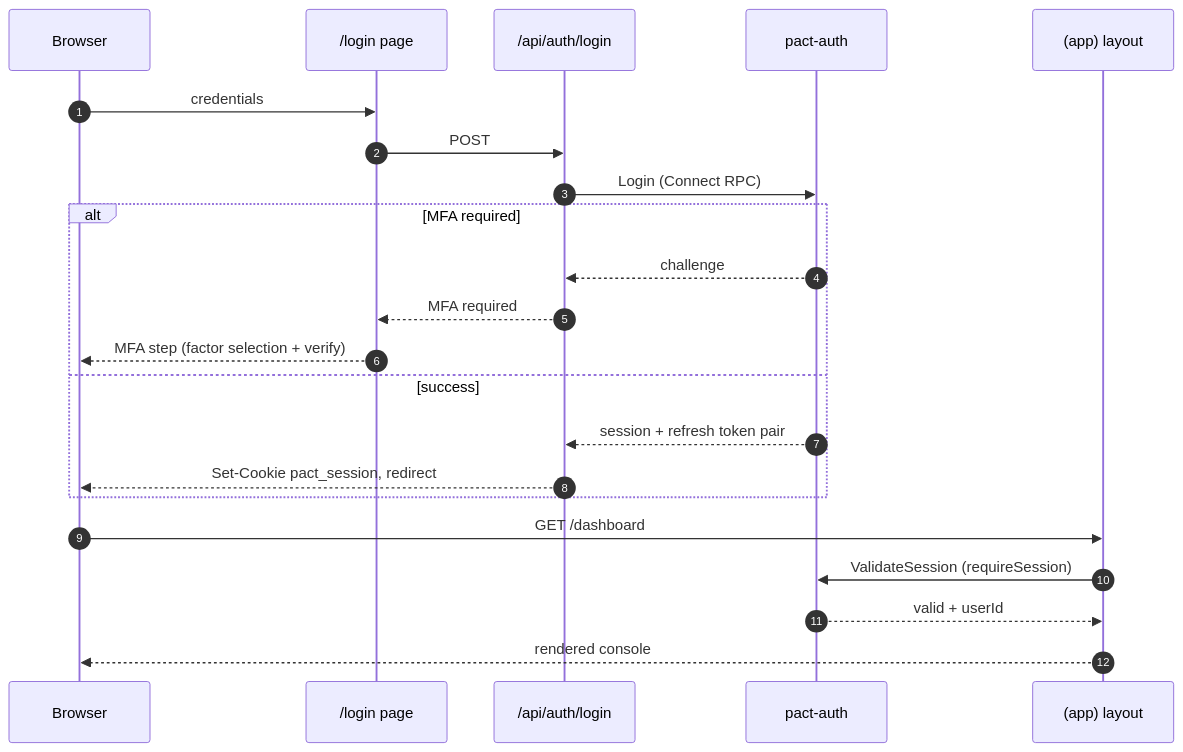
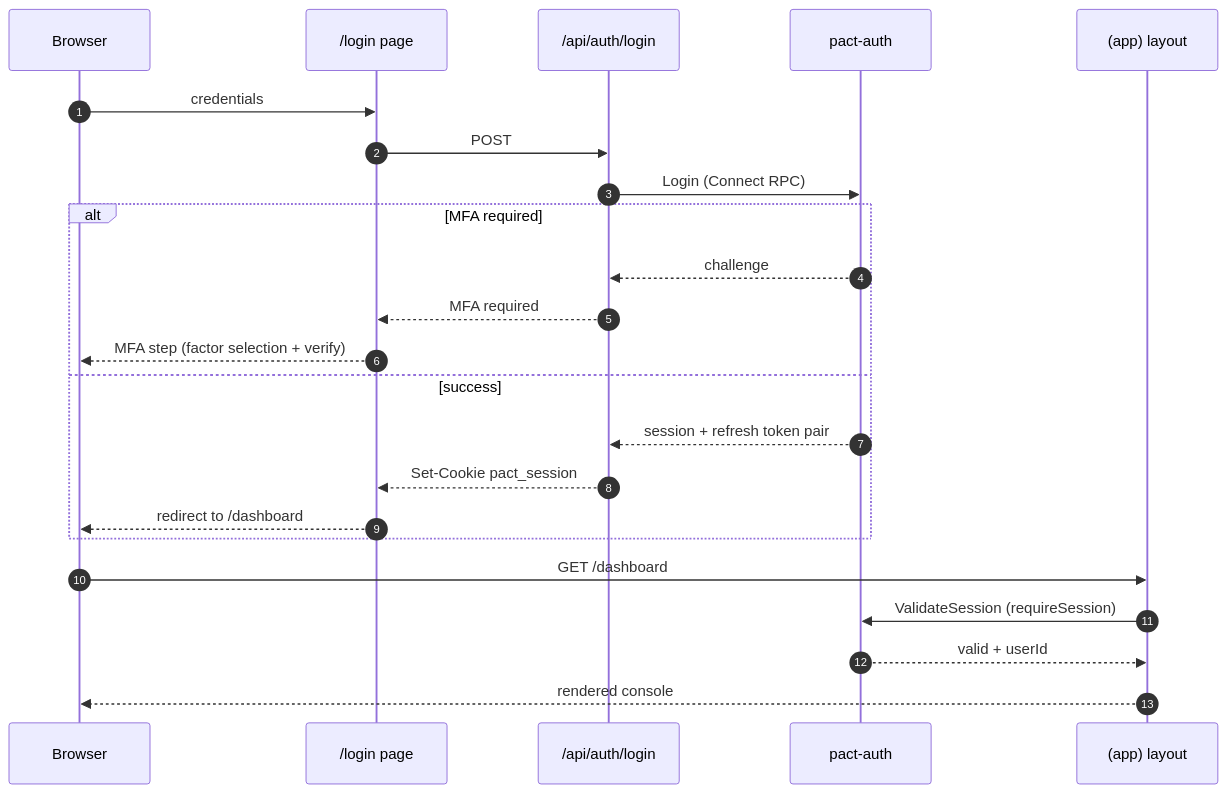
The eighth of 11 diagrams in docs/architecture.md (PACT-Toolkit/pact-web), drawn with Mermaid before and after one commit.

Commit message:
📝 route the login success reply through the page participant

````diff
--- a/docs/architecture.md
+++ b/docs/architecture.md
@@ -697,25 +697,26 @@
 ```mermaid
 sequenceDiagram
     autonumber
     participant B as Browser
     participant L as /login page
     participant R as /api/auth/login
     participant A as pact-auth
     participant P as (app) layout
 
     B->>L: credentials
     L->>R: POST
     R->>A: Login (Connect RPC)
     alt MFA required
         A-->>R: challenge
         R-->>L: MFA required
         L-->>B: MFA step (factor selection + verify)
     else success
         A-->>R: session + refresh token pair
-        R-->>B: Set-Cookie pact_session, redirect
+        R-->>L: Set-Cookie pact_session
+        L-->>B: redirect to /dashboard
     end
     B->>P: GET /dashboard
     P->>A: ValidateSession (requireSession)
     A-->>P: valid + userId
     P-->>B: rendered console
 ```
````
